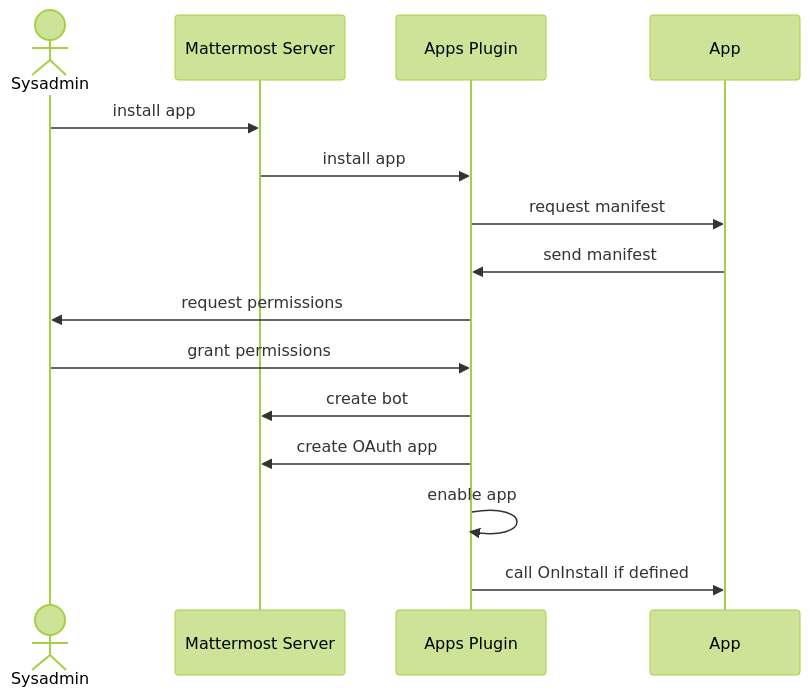
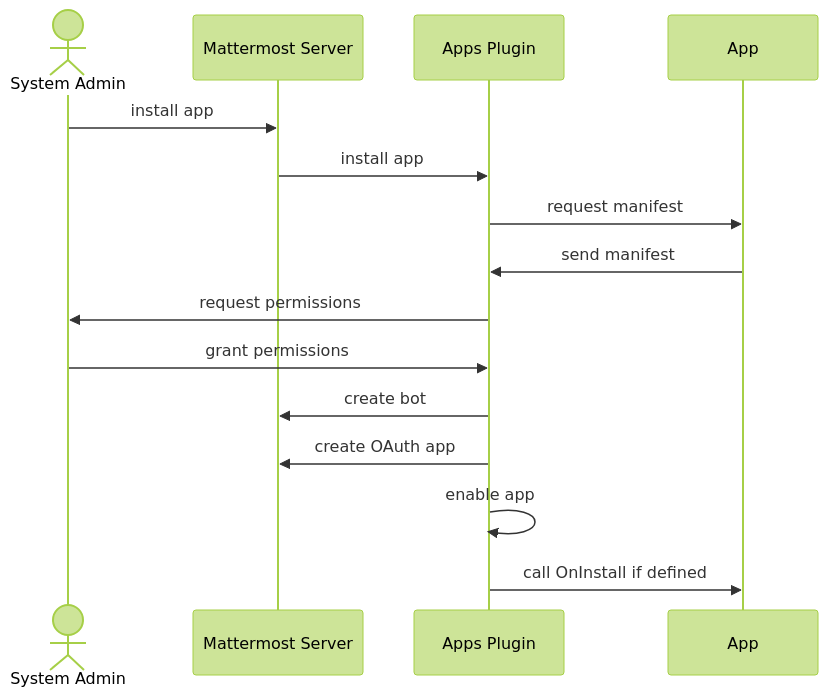
The first of 2 diagrams in site/content/integrate/apps/lifecycle/_index.md (mattermost/mattermost-developer-documentation), drawn with Mermaid (forest theme) before and after one commit. The commit also changed other lines of this file and 1 other file, not shown here.

```diff
--- a/site/content/integrate/apps/lifecycle/_index.md
+++ b/site/content/integrate/apps/lifecycle/_index.md
@@ -17,14 +17,14 @@
 {{<mermaid>}}
 sequenceDiagram
-    actor Sysadmin
-    Sysadmin->>Mattermost Server: install app
+    actor System Admin
+    System Admin->>Mattermost Server: install app
     Mattermost Server->>Apps Plugin: install app
     Apps Plugin->>App: request manifest
     App->>Apps Plugin: send manifest
-    Apps Plugin->>Sysadmin: request permissions
-    Sysadmin->>Apps Plugin: grant permissions
+    Apps Plugin->>System Admin: request permissions
+    System Admin->>Apps Plugin: grant permissions
     Apps Plugin->>Mattermost Server: create bot
     Apps Plugin->>Mattermost Server: create OAuth app
     Apps Plugin->>Apps Plugin: enable app
     Apps Plugin->>App: call OnInstall if defined
 {{</mermaid>}}
```
